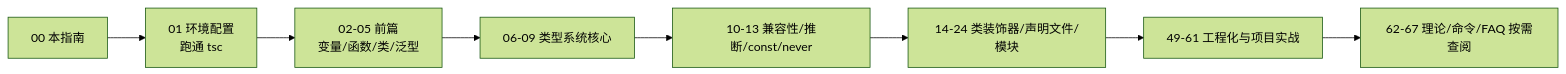
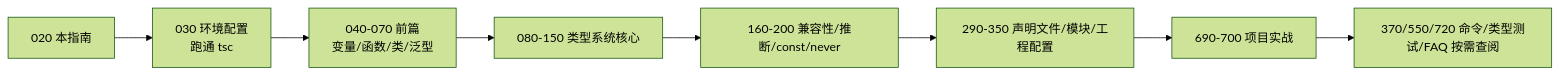
Before and after one commit to fanquanpp/FANDEX: the diagram in cnt-content/full/008-typescript/020-HowToReadThisCourse.md, drawn with Mermaid (forest theme). The commit also changed other lines of this file and 95 other files, not shown here.

````diff
--- a/cnt-content/full/008-typescript/020-HowToReadThisCourse.md
+++ b/cnt-content/full/008-typescript/020-HowToReadThisCourse.md
@@ -91,10 +91,10 @@
 ```mermaid
 flowchart LR
-    A["00 本指南"] --> B["01 环境配置<br/>跑通 tsc"]
-    B --> C["02-05 前篇<br/>变量/函数/类/泛型"]
-    C --> D["06-09 类型系统核心"]
-    D --> E["10-13 兼容性/推断/const/never"]
-    E --> F["14-24 类装饰器/声明文件/模块"]
-    F --> G["49-61 工程化与项目实战"]
-    G --> H["62-67 理论/命令/FAQ 按需查阅"]
+    A["020 本指南"] --> B["030 环境配置<br/>跑通 tsc"]
+    B --> C["040-070 前篇<br/>变量/函数/类/泛型"]
+    C --> D["080-150 类型系统核心"]
+    D --> E["160-200 兼容性/推断/const/never"]
+    E --> F["290-350 声明文件/模块/工程配置"]
+    F --> G["690-700 项目实战"]
+    G --> H["370/550/720 命令/类型测试/FAQ 按需查阅"]
 ```
````
